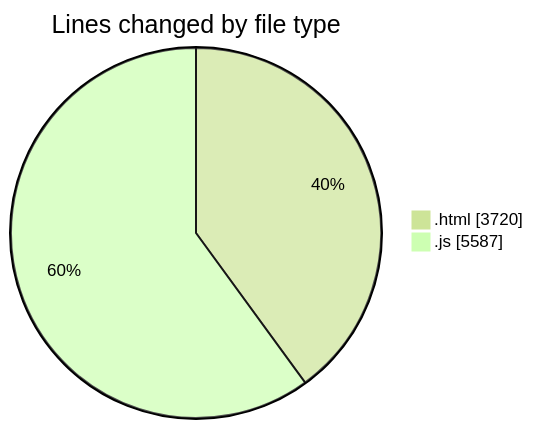
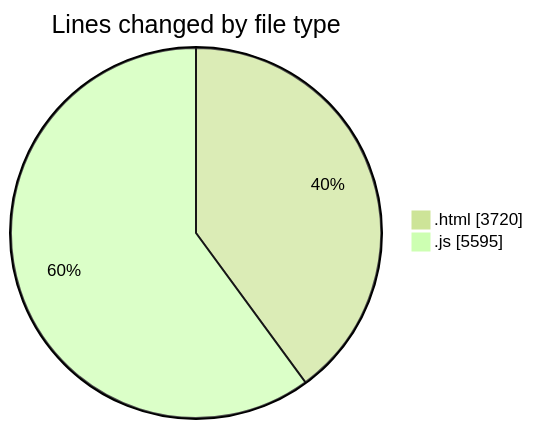
One commit to becaeroporto-bot/code-tracking changed the first of 2 diagrams in 2026-02-19/bot_v1_2/README.md. Above: the diagram before and after it, drawn with Mermaid (forest theme). The commit also changed other lines of this file and 1 other file, not shown here.

````diff
--- a/2026-02-19/bot_v1_2/README.md
+++ b/2026-02-19/bot_v1_2/README.md
@@ -28,6 +28,6 @@
 ```mermaid
 pie showData
 title Lines changed by file type
 ".html" : 3720
-".js" : 5587
+".js" : 5595
 ```
````
